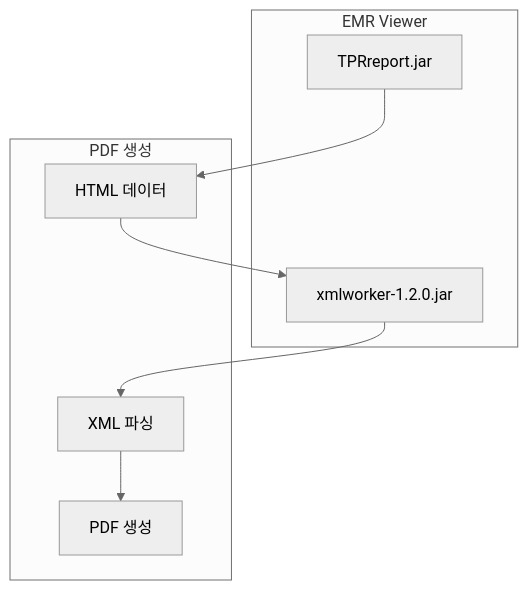
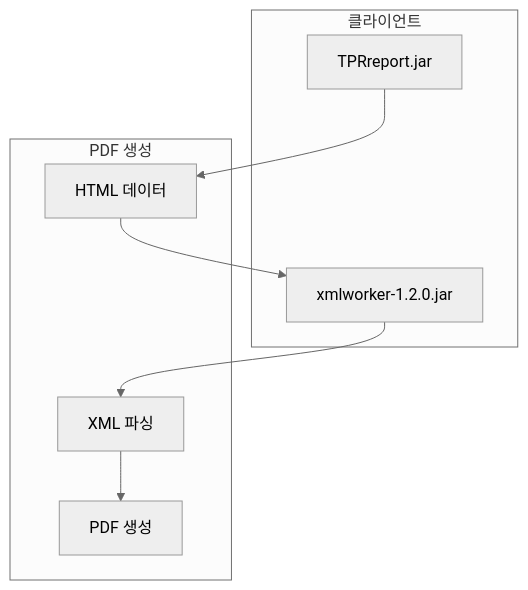
One commit to forsylph/nph changed the diagram in 03.analysis_results/033.platform-services/0333.Solutions/F.iText-PDF.md. Above: the diagram before and after it, drawn with Mermaid (neutral theme). The commit also changed other lines of this file and 7 other files, not shown here.

````diff
--- a/03.analysis_results/033.platform-services/0333.Solutions/F.iText-PDF.md
+++ b/03.analysis_results/033.platform-services/0333.Solutions/F.iText-PDF.md
@@ -78,18 +83,18 @@
 ```mermaid
 flowchart TB
-    subgraph Client["EMR Viewer"]
+    subgraph Client["클라이언트"]
         Applet[TPRreport.jar]
         XMLWorker[xmlworker-1.2.0.jar]
     end
 
     subgraph Process["PDF 생성"]
         HTML[HTML 데이터]
         Parse[XML 파싱]
         PDF[PDF 생성]
     end
 
     Applet --> HTML
     HTML --> XMLWorker
     XMLWorker --> Parse
     Parse --> PDF
 ```
````
